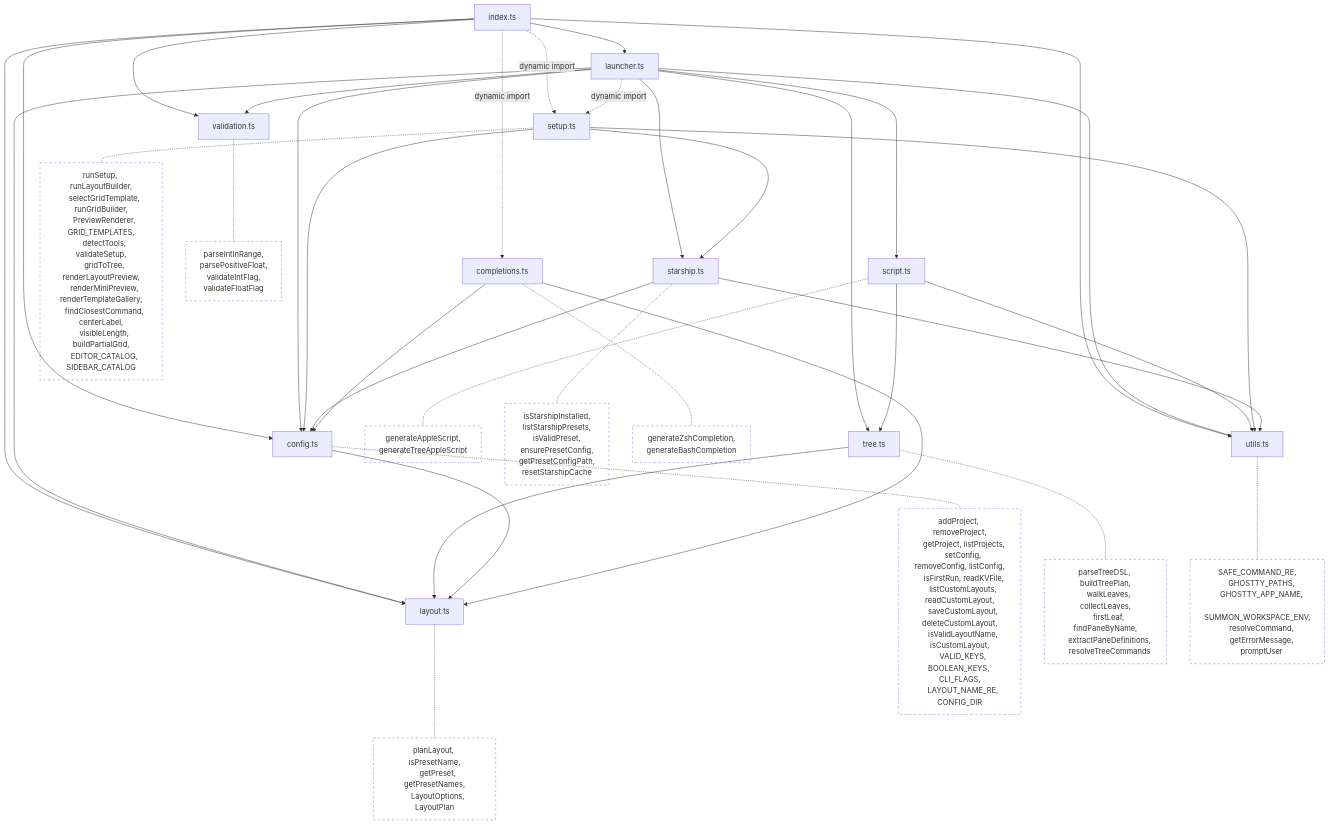
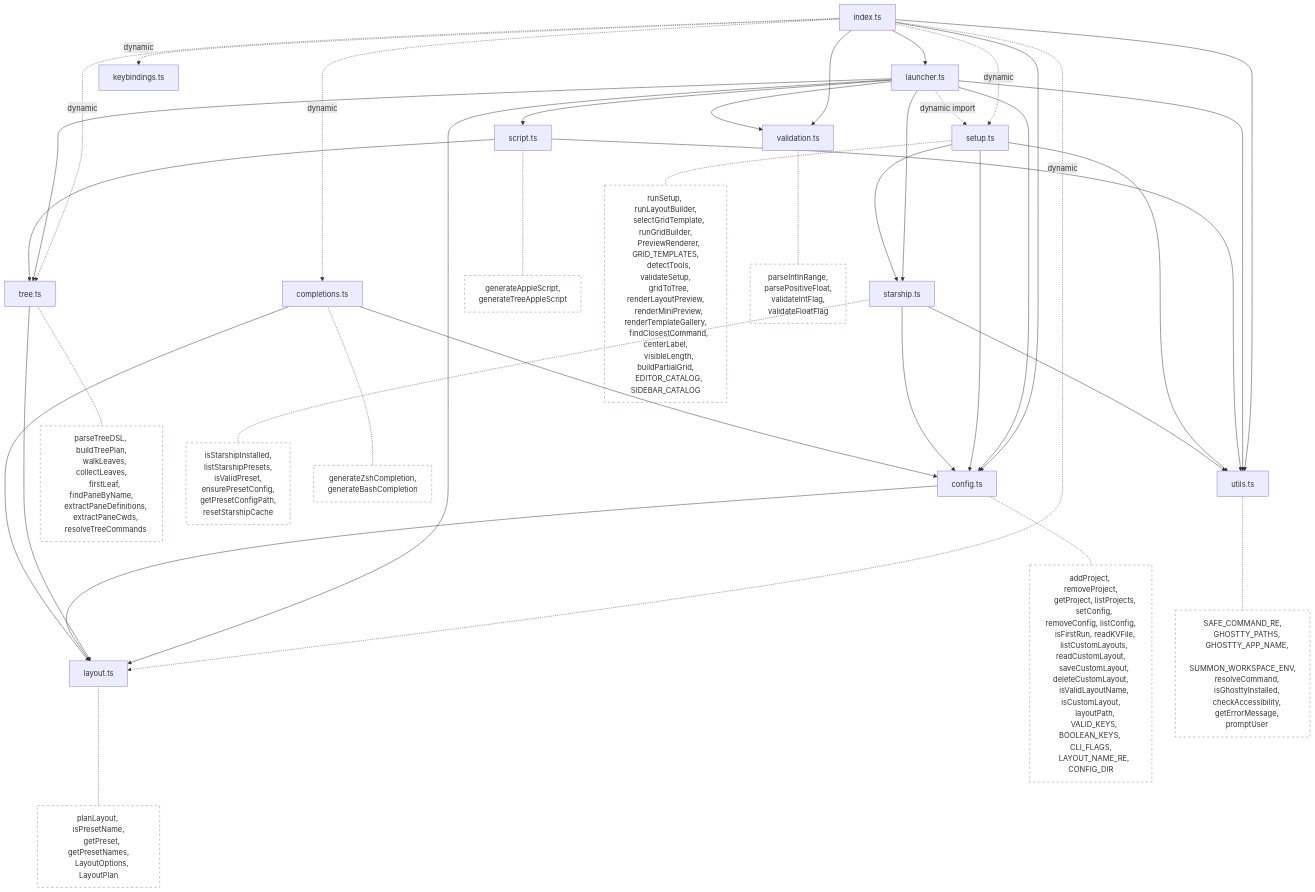
Before and after one commit to juan294/summon: the first of 4 diagrams in docs/architecture.md, drawn with Mermaid. The commit also changed other lines of this file and 10 other files, not shown here.

Commit message:
release: v1.2.0 — theme, doctor --fix, freeze, keybindings, per-pane cwd

```diff
--- a/docs/architecture.md
+++ b/docs/architecture.md
@@ -26,15 +27,17 @@
 graph TD
     index[index.ts] --> config[config.ts]
     index --> launcher[launcher.ts]
-    index --> layout[layout.ts]
     index --> validation[validation.ts]
     index --> utils[utils.ts]
-    index -.->|dynamic import| setup[setup.ts]
-    index -.->|dynamic import| completions[completions.ts]
+    index -.->|dynamic| setup[setup.ts]
+    index -.->|dynamic| completions[completions.ts]
+    index -.->|dynamic| keybindings[keybindings.ts]
+    index -.->|dynamic| tree[tree.ts]
+    index -.->|dynamic| layout[layout.ts]
     launcher --> config
     launcher --> layout
     launcher --> script[script.ts]
-    launcher --> tree[tree.ts]
+    launcher --> tree
     launcher --> utils
     launcher --> validation
     launcher --> starship[starship.ts]
@@ -58,6 +61,7 @@
     listCustomLayouts, readCustomLayout,
     saveCustomLayout, deleteCustomLayout,
     isValidLayoutName, isCustomLayout,
+    layoutPath,
     VALID_KEYS, BOOLEAN_KEYS, CLI_FLAGS,
     LAYOUT_NAME_RE, CONFIG_DIR"]
     layout -.- lay_fns["planLayout, isPresetName,
@@ -69,12 +73,15 @@
     walkLeaves, collectLeaves,
     firstLeaf, findPaneByName,
     extractPaneDefinitions,
+    extractPaneCwds,
     resolveTreeCommands"]
     utils -.- util_fns["SAFE_COMMAND_RE,
     GHOSTTY_PATHS,
     GHOSTTY_APP_NAME,
     SUMMON_WORKSPACE_ENV,
     resolveCommand,
+    isGhosttyInstalled,
+    checkAccessibility,
     getErrorMessage,
     promptUser"]
     starship -.- star_fns["isStarshipInstalled,
```
